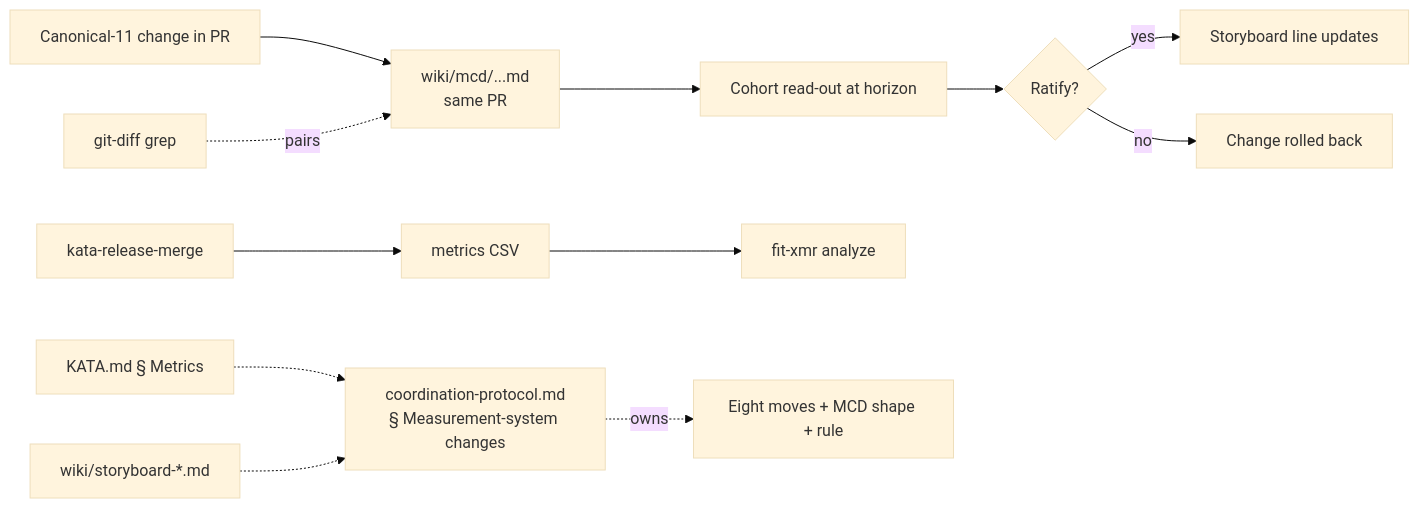
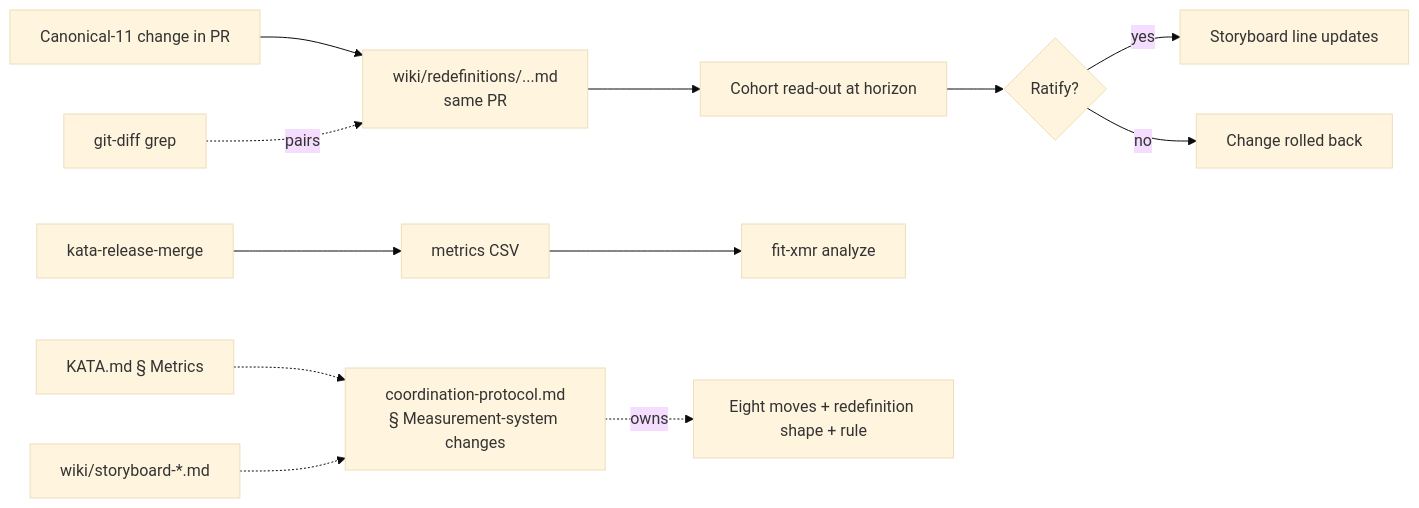
Before and after one commit to forwardimpact/monorepo: the diagram in specs/860-measurement-system-change-protocol/design-b.md, drawn with Mermaid (base theme). The commit also changed other lines of this file and 2 other files, not shown here.

First line of the commit message:
spec(860): rename MCD → operational redefinition

````diff
--- a/specs/860-measurement-system-change-protocol/design-b.md
+++ b/specs/860-measurement-system-change-protocol/design-b.md
@@ -152,13 +154,13 @@
 ```mermaid
 flowchart LR
-  CHG[Canonical-11 change in PR] --> MCD[wiki/mcd/...md<br/>same PR]
-  MCD --> READ[Cohort read-out at horizon]
+  CHG[Canonical-11 change in PR] --> RDF[wiki/redefinitions/...md<br/>same PR]
+  RDF --> READ[Cohort read-out at horizon]
   READ --> RAT{Ratify?}
   RAT -- yes --> AMEND[Storyboard line updates]
   RAT -- no --> ROLL[Change rolled back]
   KATA[KATA.md § Metrics] -.-> REF[coordination-protocol.md<br/>§ Measurement-system changes]
   STORY[wiki/storyboard-*.md] -.-> REF
   RM[kata-release-merge] --> CSV[metrics CSV] --> XMR[fit-xmr analyze]
-  REF -. owns .-> MOVES[Eight moves + MCD shape + rule]
-  CI[git-diff grep] -. pairs .-> MCD
+  REF -. owns .-> MOVES[Eight moves + redefinition shape + rule]
+  CI[git-diff grep] -. pairs .-> RDF
 ```
````
